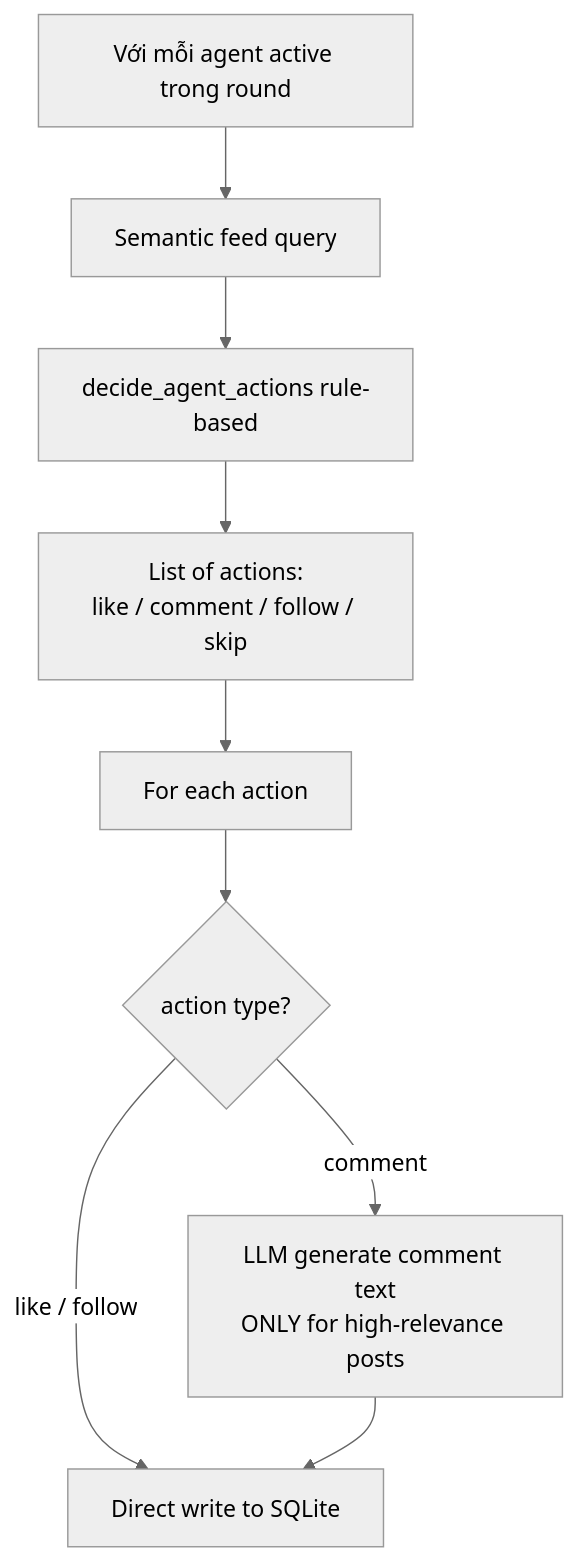
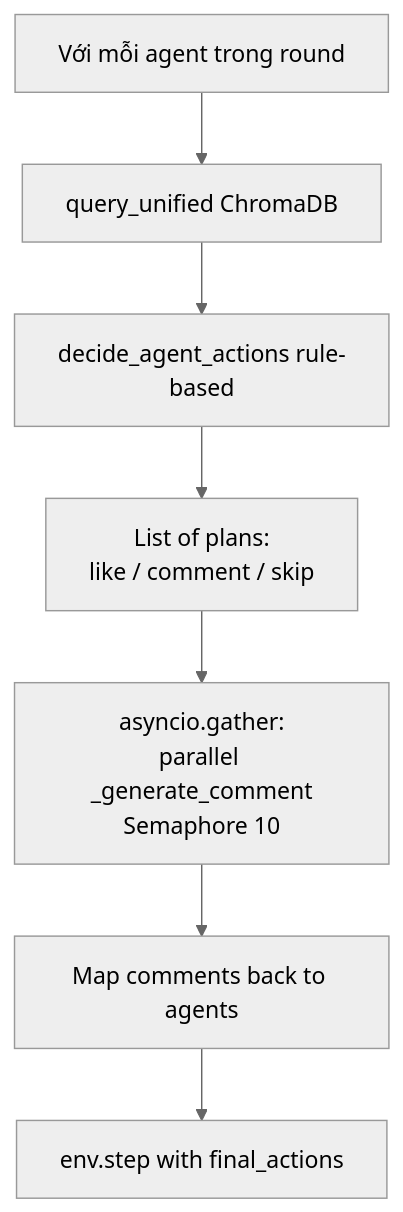
The sixth of 6 diagrams in docs/05_simulation_loop.md (qchien643/EcoSim), drawn with Mermaid (neutral theme) before and after one commit. The commit also changed other lines of this file and 176 other files, not shown here.

````diff
--- a/docs/05_simulation_loop.md
+++ b/docs/05_simulation_loop.md
@@ -111,11 +139,9 @@
 ```mermaid
 flowchart TD
-    ForEach[Với mỗi agent active trong round] --> Feed[Semantic feed query]
+    ForEach[Với mỗi agent trong round] --> Feed[query_unified ChromaDB]
     Feed --> Decide[decide_agent_actions rule-based]
-    Decide --> Actions[List of actions:<br/>like / comment / follow / skip]
-    Actions --> For[For each action]
-    For --> Type{action type?}
-    Type -->|like / follow| Direct[Direct write to SQLite]
-    Type -->|comment| LLMGen[LLM generate comment text<br/>ONLY for high-relevance posts]
-    LLMGen --> Direct
+    Decide --> Plans[List of plans:<br/>like / comment / skip]
+    Plans --> Gather[asyncio.gather:<br/>parallel _generate_comment<br/>Semaphore 10]
+    Gather --> Assemble[Map comments back to agents]
+    Assemble --> Step[env.step with final_actions]
 ```
````
